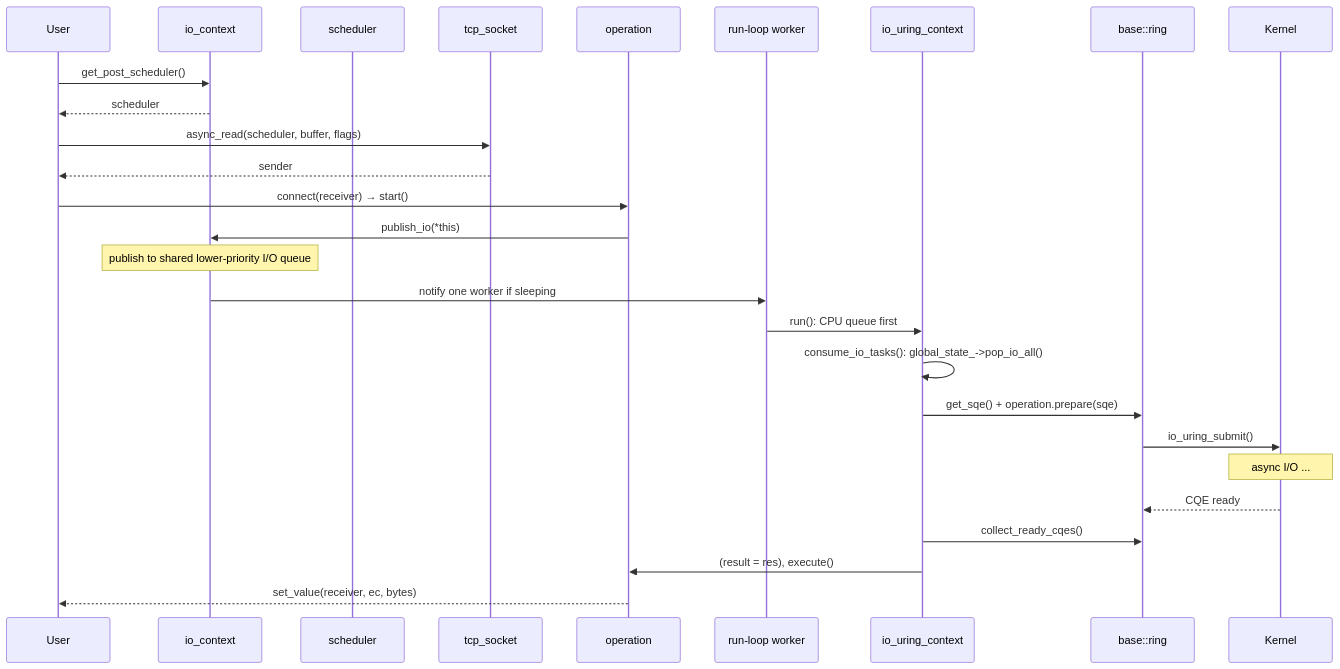
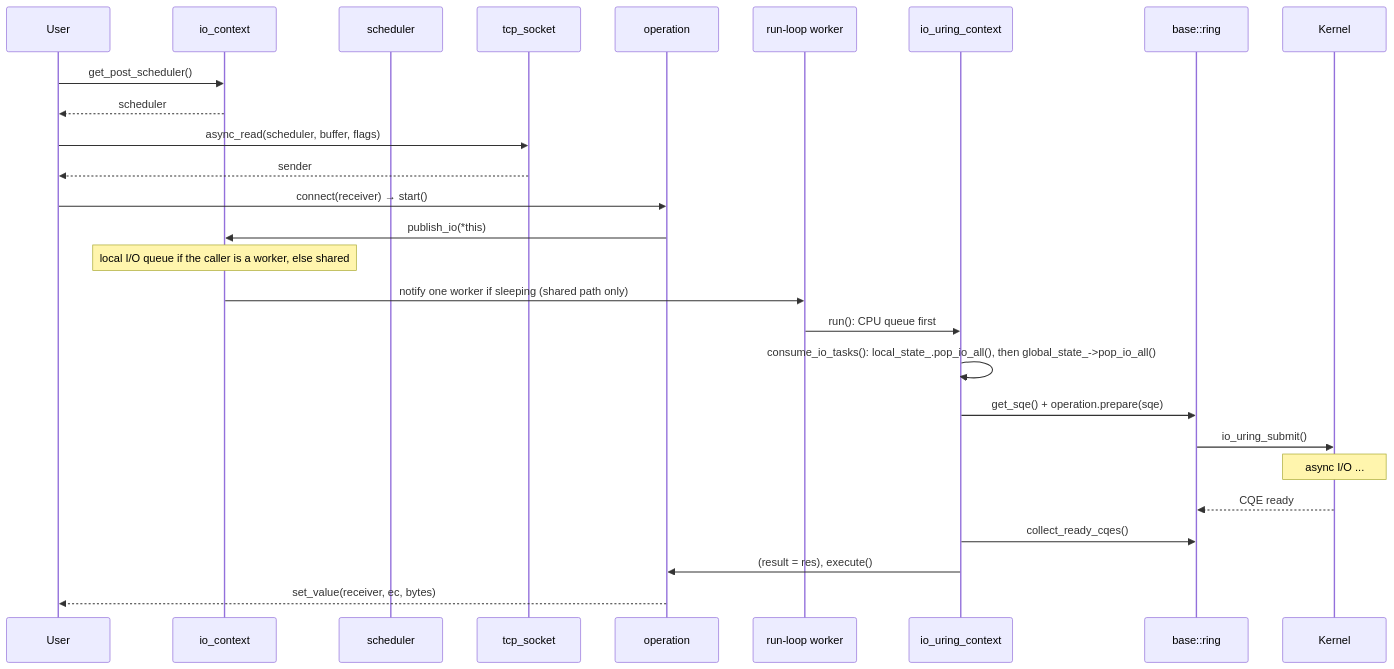
One commit to haomingbai/bnio changed the third of 3 diagrams in docs/design/architecture/io-context-layer.md. Above: the diagram before and after it, drawn with Mermaid. The commit also changed other lines of this file and 4 other files, not shown here.

First line of the commit message:
docs: describe the worker-local I/O queue and two-path publication

````diff
--- a/docs/design/architecture/io-context-layer.md
+++ b/docs/design/architecture/io-context-layer.md
@@ -313,34 +333,34 @@
 ```mermaid
 sequenceDiagram
     participant User
     participant Ctx as io_context
     participant S as scheduler
     participant Stream as tcp_socket
     participant Op as operation
     participant Worker as run-loop worker
     participant UCtx as io_uring_context
     participant Ring as base::ring
     participant K as Kernel
 
     User->>Ctx: get_post_scheduler()
     Ctx-->>User: scheduler
     User->>Stream: async_read(scheduler, buffer, flags)
     Stream-->>User: sender
 
     User->>Op: connect(receiver) → start()
     Op->>Ctx: publish_io(*this)
 
-    Note over Ctx: publish to shared lower-priority I/O queue
-    Ctx->>Worker: notify one worker if sleeping
+    Note over Ctx: local I/O queue if the caller is a worker, else shared
+    Ctx->>Worker: notify one worker if sleeping (shared path only)
     Worker->>UCtx: run(): CPU queue first
-    UCtx->>UCtx: consume_io_tasks(): global_state_->pop_io_all()
+    UCtx->>UCtx: consume_io_tasks(): local_state_.pop_io_all(), then global_state_->pop_io_all()
     UCtx->>Ring: get_sqe() + operation.prepare(sqe)
     Ring->>K: io_uring_submit()
 
     Note over K: async I/O ...
 
     K-->>Ring: CQE ready
     UCtx->>Ring: collect_ready_cqes()
     UCtx->>Op: (result = res), execute()
     Op-->>User: set_value(receiver, ec, bytes)
 ```
````
